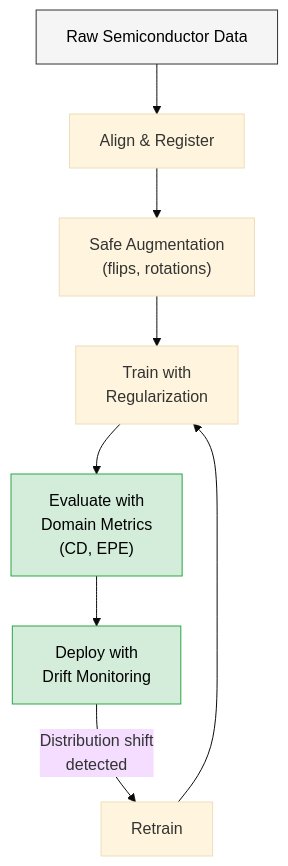
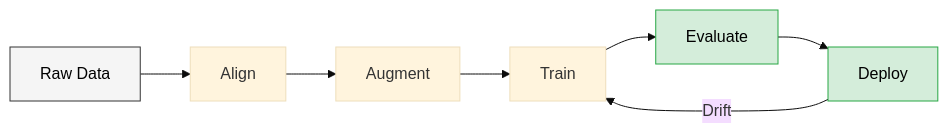
Before and after one commit to xiaosi0517/xiaosi0517.github.io: the third of 4 diagrams in _posts/2026-03-30-semiconductor-data-practical-guide.md, drawn with Mermaid (base theme). The commit also changed other lines of this file and 1 other file, not shown here.

First line of the commit message:
Fix Mermaid diagrams: add responsive CSS and simplify chart labels

````diff
--- a/_posts/2026-03-30-semiconductor-data-practical-guide.md
+++ b/_posts/2026-03-30-semiconductor-data-practical-guide.md
@@ -161,14 +156,13 @@
 ```mermaid
-flowchart TD
-    A["Raw Semiconductor Data"] --> B["Align & Register"]
-    B --> C["Safe Augmentation<br/>(flips, rotations)"]
-    C --> D["Train with<br/>Regularization"]
-    D --> E["Evaluate with<br/>Domain Metrics<br/>(CD, EPE)"]
-    E --> F["Deploy with<br/>Drift Monitoring"]
-    F -->|"Distribution shift<br/>detected"| G["Retrain"]
-    G --> D
+flowchart LR
+    A["Raw Data"] --> B["Align"]
+    B --> C["Augment"]
+    C --> D["Train"]
+    D --> E["Evaluate"]
+    E --> F["Deploy"]
+    F -->|Drift| D
 
     style A fill:#f5f5f5,stroke:#333,color:#000
     style E fill:#d4edda,stroke:#28a745,color:#000
     style F fill:#d4edda,stroke:#28a745,color:#000
 ```
````
